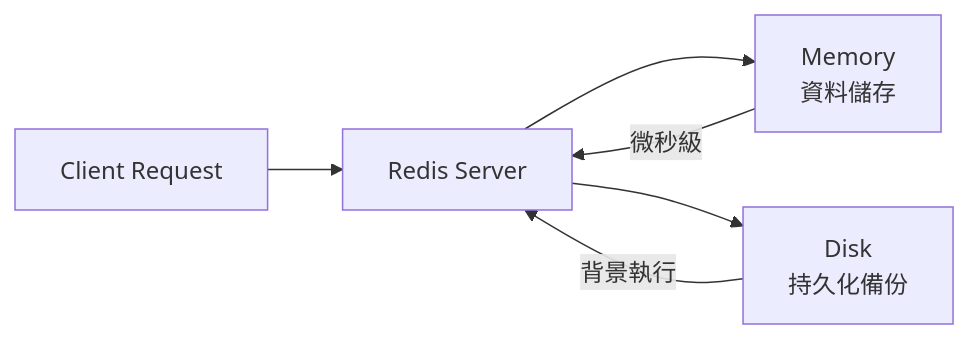
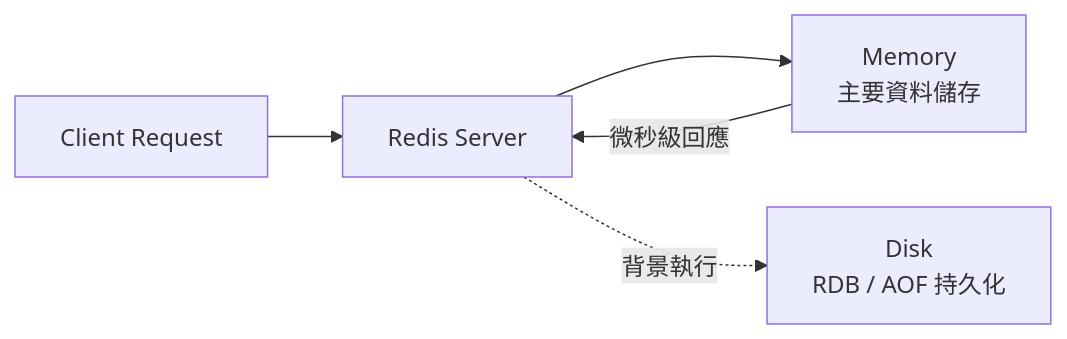
Before and after one commit to chihhung/Blog: the first of 30 diagrams in content/posts/教學/工具/Redis教學手冊.md, drawn with Mermaid. The commit also changed other lines of this file and 10 other files, not shown here.

````diff
--- a/content/posts/教學/工具/Redis教學手冊.md
+++ b/content/posts/教學/工具/Redis教學手冊.md
@@ -136,8 +254,7 @@
 ```mermaid
 flowchart LR
     A[Client Request] --> B[Redis Server]
-    B --> C[Memory<br/>資料儲存]
-    B --> D[Disk<br/>持久化備份]
-    C -->|微秒級| B
-    D -->|背景執行| B
+    B --> C[Memory<br/>主要資料儲存]
+    B -.->|背景執行| D[Disk<br/>RDB / AOF 持久化]
+    C -->|微秒級回應| B
 ```
````
